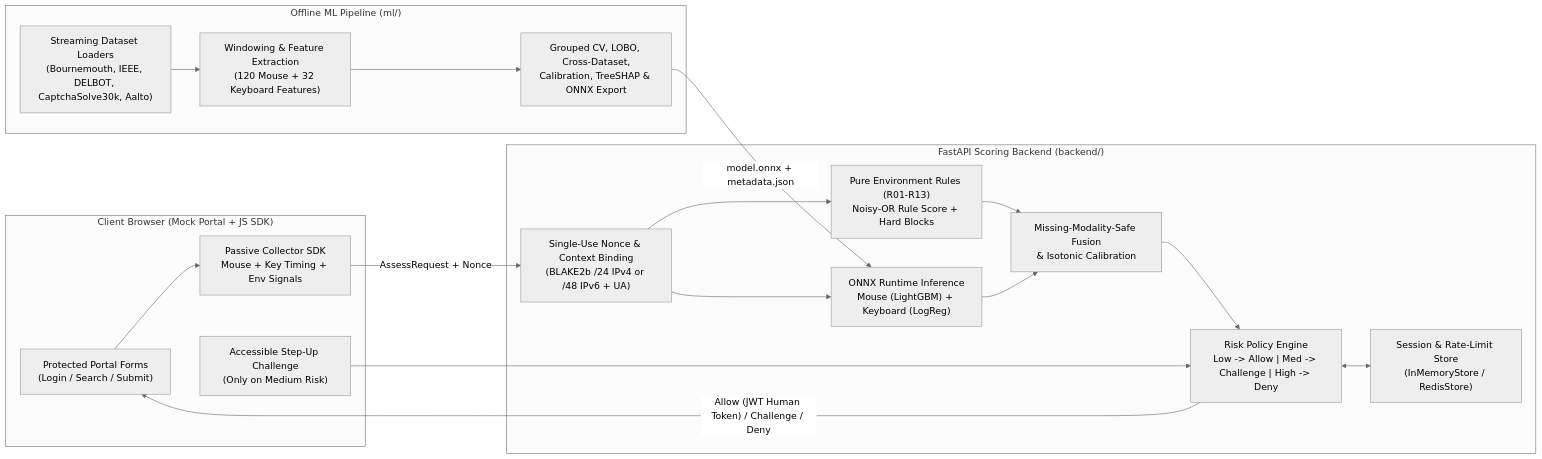
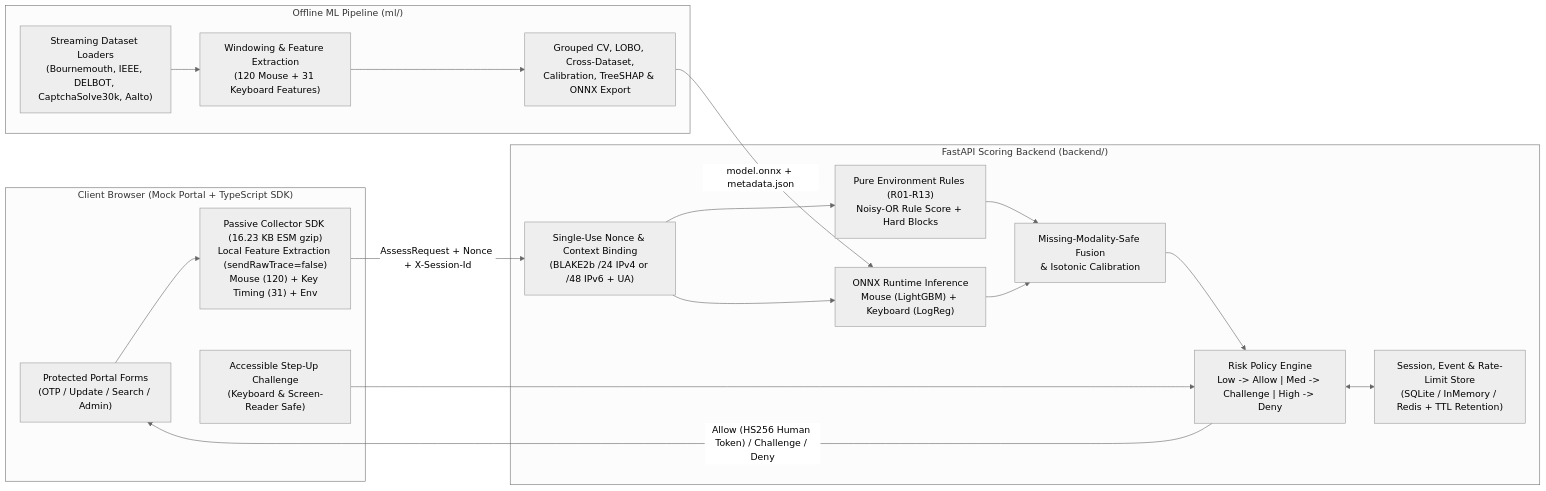
The diagram in README.md (kpcode11/MajorProject-New), drawn with Mermaid (neutral theme) before and after one commit. The commit also changed other lines of this file and 25 other files, not shown here.

````diff
--- a/README.md
+++ b/README.md
@@ -32,35 +34,35 @@
 ```mermaid
 flowchart LR
-    subgraph Browser["Client Browser (Mock Portal + JS SDK)"]
-        UI["Protected Portal Forms\n(Login / Search / Submit)"]
-        SDK["Passive Collector SDK\nMouse + Key Timing + Env Signals"]
-        CH["Accessible Step-Up Challenge\n(Only on Medium Risk)"]
+    subgraph Browser["Client Browser (Mock Portal + TypeScript SDK)"]
+        UI["Protected Portal Forms\n(OTP / Update / Search / Admin)"]
+        SDK["Passive Collector SDK (16.23 KB ESM gzip)\nLocal Feature Extraction (sendRawTrace=false)\nMouse (120) + Key Timing (31) + Env"]
+        CH["Accessible Step-Up Challenge\n(Keyboard & Screen-Reader Safe)"]
     end
 
     subgraph Backend["FastAPI Scoring Backend (backend/)"]
         NONCE["Single-Use Nonce & Context Binding\n(BLAKE2b /24 IPv4 or /48 IPv6 + UA)"]
         RULES["Pure Environment Rules (R01-R13)\nNoisy-OR Rule Score + Hard Blocks"]
         ONNX["ONNX Runtime Inference\nMouse (LightGBM) + Keyboard (LogReg)"]
         FUSE["Missing-Modality-Safe Fusion\n& Isotonic Calibration"]
         POLICY["Risk Policy Engine\nLow -> Allow | Med -> Challenge | High -> Deny"]
-        STORE["Session & Rate-Limit Store\n(InMemoryStore / RedisStore)"]
+        STORE["Session, Event & Rate-Limit Store\n(SQLite / InMemory / Redis + TTL Retention)"]
     end
 
     subgraph OfflineML["Offline ML Pipeline (ml/)"]
         LOAD["Streaming Dataset Loaders\n(Bournemouth, IEEE, DELBOT, CaptchaSolve30k, Aalto)"]
-        FEAT["Windowing & Feature Extraction\n(120 Mouse + 32 Keyboard Features)"]
+        FEAT["Windowing & Feature Extraction\n(120 Mouse + 31 Keyboard Features)"]
         EVAL["Grouped CV, LOBO, Cross-Dataset,\nCalibration, TreeSHAP & ONNX Export"]
     end
 
     UI --> SDK
-    SDK -- "AssessRequest + Nonce" --> NONCE
+    SDK -- "AssessRequest + Nonce + X-Session-Id" --> NONCE
     NONCE --> RULES
     NONCE --> ONNX
     RULES --> FUSE
     ONNX --> FUSE
     FUSE --> POLICY
-    POLICY -- "Allow (JWT Human Token) / Challenge / Deny" --> UI
+    POLICY -- "Allow (HS256 Human Token) / Challenge / Deny" --> UI
     POLICY <--> STORE
     CH --> POLICY
     LOAD --> FEAT --> EVAL -- "model.onnx + metadata.json" --> ONNX
 ```
````
